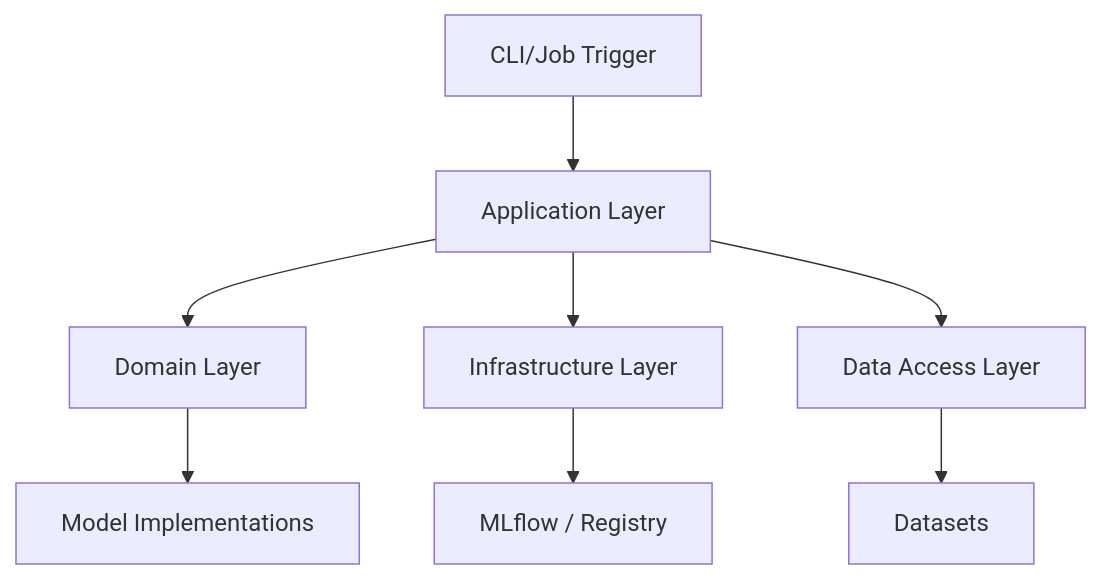
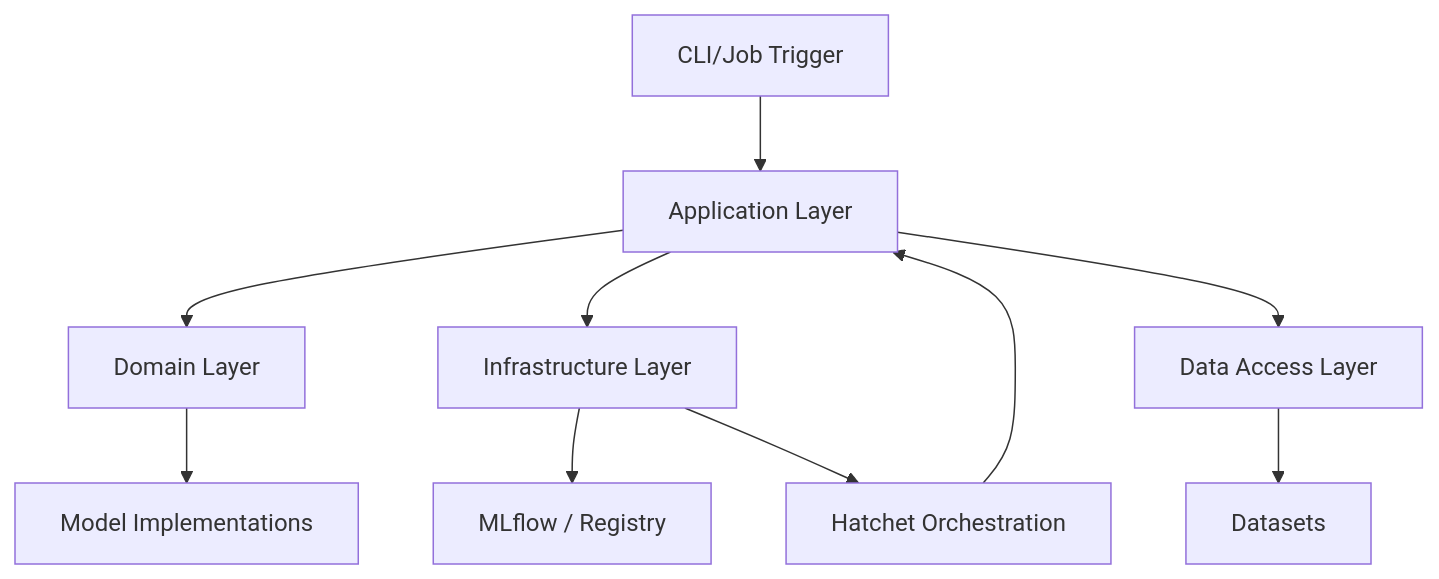
Before and after one commit to lgcorzo/rust_CACD_autonomous_factory: the diagram in wiki/Solution_Architecture_Report.md, drawn with Mermaid. The commit also changed other lines of this file and 3 other files, not shown here.

````diff
--- a/wiki/Solution_Architecture_Report.md
+++ b/wiki/Solution_Architecture_Report.md
@@ -52,10 +52,12 @@
 ```mermaid
 graph TD
     A[CLI/Job Trigger] --> B[Application Layer]
     B --> C[Domain Layer]
     C --> D[Model Implementations]
     B --> E[Infrastructure Layer]
     E --> F[MLflow / Registry]
+    E --> I[Hatchet Orchestration]
     B --> G[Data Access Layer]
     G --> H[Datasets]
+    I --> B
 ```
````
